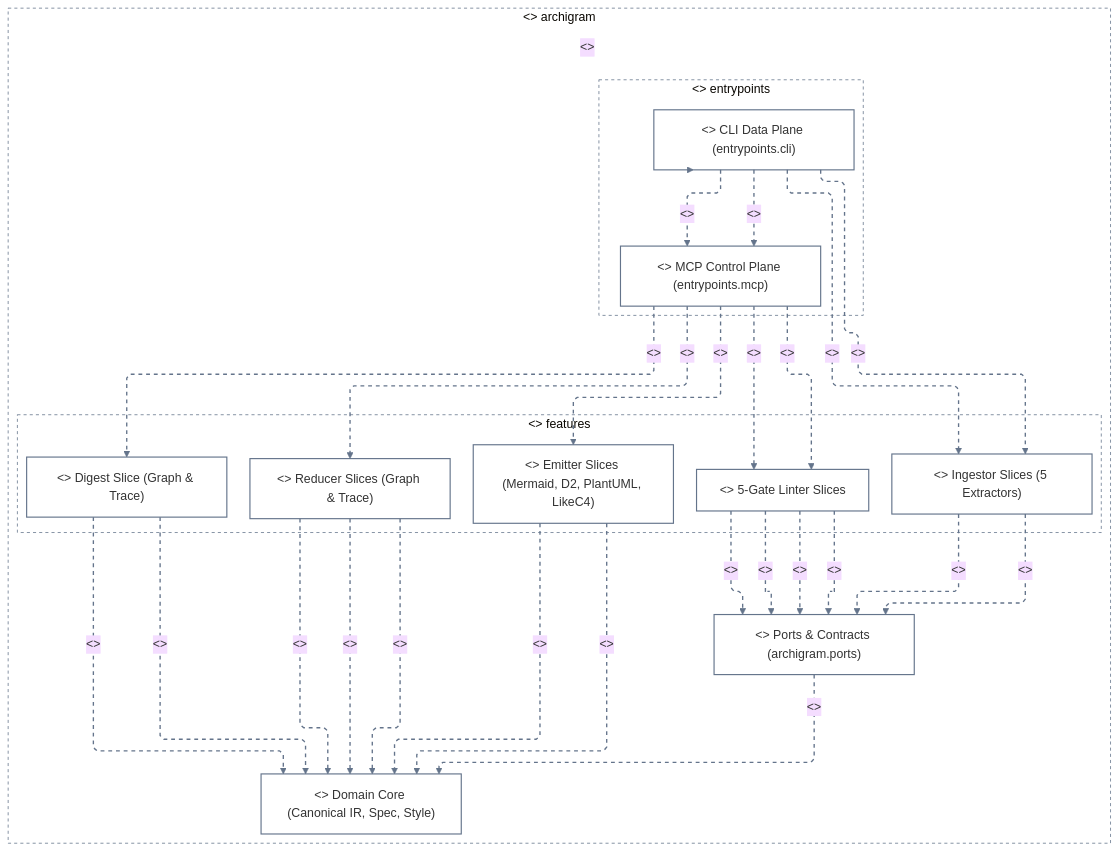
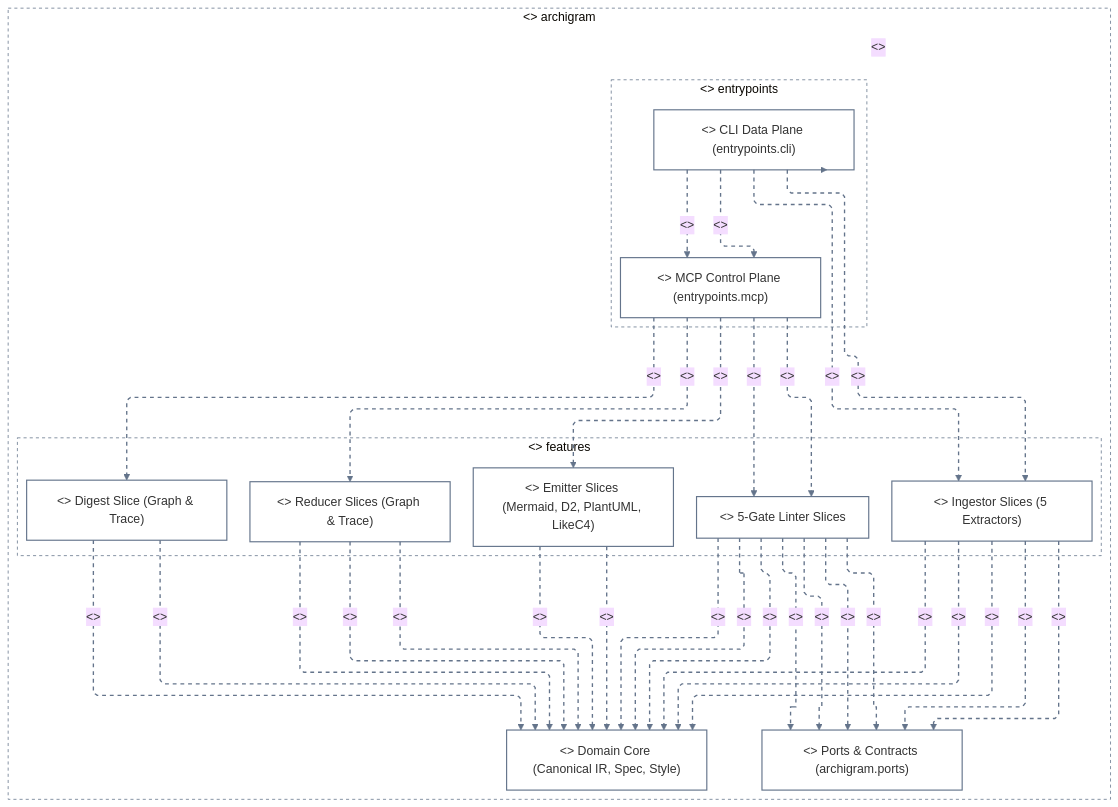
One commit to klcd/archigram changed the diagram in docs/architecture/diagrams/showcase_uml_package_mermaid.mmd. Above: the diagram before and after it, drawn with Mermaid (base theme). The commit also changed 39 other files, not shown here.

```diff
--- a/docs/architecture/diagrams/showcase_uml_package_mermaid.mmd
+++ b/docs/architecture/diagrams/showcase_uml_package_mermaid.mmd
@@ -1,55 +1,60 @@
 ---
 config:
   layout: elk
   elk:
     mergeEdges: false
     nodePlacementStrategy: BRANDES_KOEPF
   flowchart:
     defaultRenderer: elk
     curve: linear
 ---
 flowchart TD
   classDef default fill:transparent,stroke:#64748b,stroke-width:1.5px
   subgraph n0["<<package>> archigram"]
     subgraph n1["<<package>> entrypoints"]
       n3["<<package>> CLI Data Plane (entrypoints.cli)"]
       n10["<<package>> MCP Control Plane (entrypoints.mcp)"]
     end
     subgraph n2["<<package>> features"]
       n5["<<package>> Digest Slice (Graph & Trace)"]
       n6["<<package>> Emitter Slices (Mermaid, D2, PlantUML, LikeC4)"]
       n7["<<package>> Ingestor Slices (5 Extractors)"]
       n8["<<package>> 5-Gate Linter Slices"]
       n9["<<package>> Reducer Slices (Graph & Trace)"]
     end
     n4["<<package>> Domain Core (Canonical IR, Spec, Style)"]
     n11["<<package>> Ports & Contracts (archigram.ports)"]
   end
   style n0 fill:transparent,stroke:#64748b,stroke-width:1px,stroke-dasharray:4 4
   style n1 fill:transparent,stroke:#64748b,stroke-width:1px,stroke-dasharray:4 4
   style n2 fill:transparent,stroke:#64748b,stroke-width:1px,stroke-dasharray:4 4
   n3 -.->|"<<import>>"| n0
   n10 -.->|"<<import>>"| n5
   n5 -.->|"<<import>>"| n4
   n9 -.->|"<<import>>"| n4
+  n8 -.->|"<<import>>"| n4
+  n7 -.->|"<<import>>"| n4
   n9 -.->|"<<import>>"| n4
+  n7 -.->|"<<import>>"| n4
+  n8 -.->|"<<import>>"| n4
   n5 -.->|"<<import>>"| n4
-  n11 -.->|"<<import>>"| n4
+  n8 -.->|"<<import>>"| n4
   n9 -.->|"<<import>>"| n4
+  n7 -.->|"<<import>>"| n4
   n6 -.->|"<<import>>"| n4
   n6 -.->|"<<import>>"| n4
   n10 -.->|"<<import>>"| n6
   n3 -.->|"<<import>>"| n7
   n3 -.->|"<<import>>"| n7
   n10 -.->|"<<import>>"| n8
   n10 -.->|"<<import>>"| n8
   n3 -.->|"<<import>>"| n10
   n3 -.->|"<<import>>"| n10
   n8 -.->|"<<import>>"| n11
   n7 -.->|"<<import>>"| n11
   n8 -.->|"<<import>>"| n11
   n8 -.->|"<<import>>"| n11
   n7 -.->|"<<import>>"| n11
   n8 -.->|"<<import>>"| n11
   n10 -.->|"<<import>>"| n9
-  linkStyle 0,1,2,3,4,5,6,7,8,9,10,11,12,13,14,15,16,17,18,19,20,21,22,23 stroke:#64748b,stroke-width:1.75px,stroke-dasharray:5 5
+  linkStyle 0,1,2,3,4,5,6,7,8,9,10,11,12,13,14,15,16,17,18,19,20,21,22,23,24,25,26,27,28 stroke:#64748b,stroke-width:1.75px,stroke-dasharray:5 5
```
